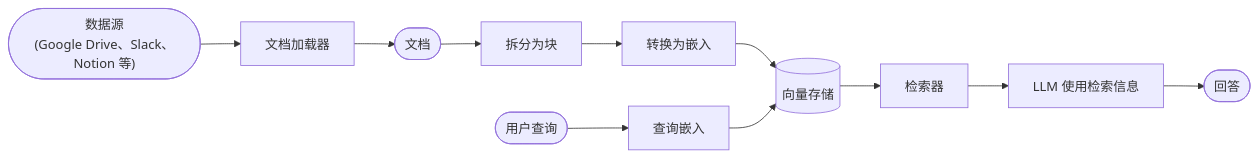
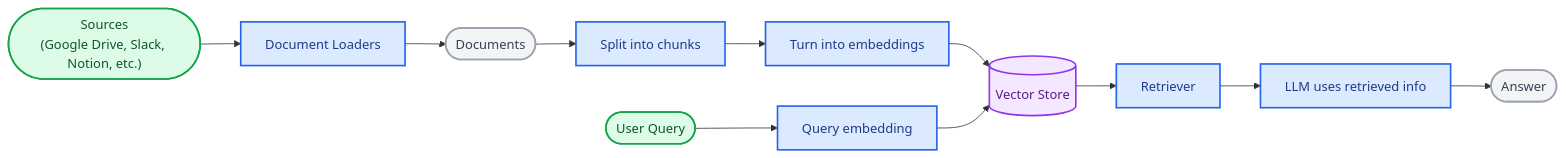
One commit to kunfan96/cndocs-langchain changed the first of 4 diagrams in oss/python/langchain/retrieval.mdx. Above: the diagram before and after it, drawn with Mermaid. The commit also changed other lines of this file and 2611 other files, not shown here.

````diff
--- a/oss/python/langchain/retrieval.mdx
+++ b/oss/python/langchain/retrieval.mdx
@@ -47,13 +47,23 @@
 ```mermaid
 flowchart LR
-  S(["数据源<br>(Google Drive、Slack、Notion 等)"]) --> L[文档加载器]
-  L --> A([文档])
-  A --> B[拆分为块]
-  B --> C[转换为嵌入]
-  C --> D[(向量存储)]
-  Q([用户查询]) --> E[查询嵌入]
+  S(["Sources<br>(Google Drive, Slack, Notion, etc.)"]) --> L[Document Loaders]
+  L --> A([Documents])
+  A --> B[Split into chunks]
+  B --> C[Turn into embeddings]
+  C --> D[(Vector Store)]
+  Q([User Query]) --> E[Query embedding]
   E --> D
-  D --> F[检索器]
-  F --> G[LLM 使用检索信息]
-  G --> H([回答])
+  D --> F[Retriever]
+  F --> G[LLM uses retrieved info]
+  G --> H([Answer])
+
+  classDef trigger fill:#DCFCE7,stroke:#16A34A,stroke-width:2px,color:#14532D
+  classDef process fill:#DBEAFE,stroke:#2563EB,stroke-width:2px,color:#1E3A8A
+  classDef output fill:#F3E8FF,stroke:#9333EA,stroke-width:2px,color:#581C87
+  classDef neutral fill:#F3F4F6,stroke:#9CA3AF,stroke-width:2px,color:#374151
+
+  class S,Q trigger
+  class L,B,C,E,F,G process
+  class D output
+  class A,H neutral
 ```
````
